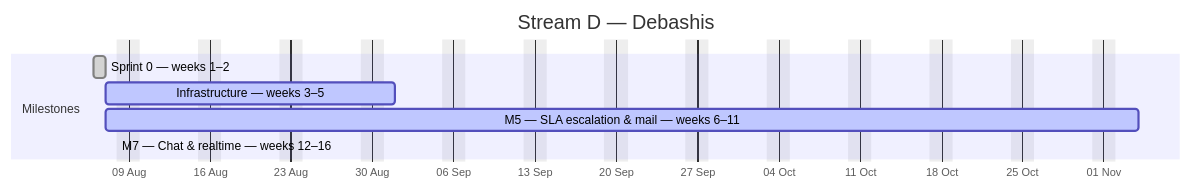
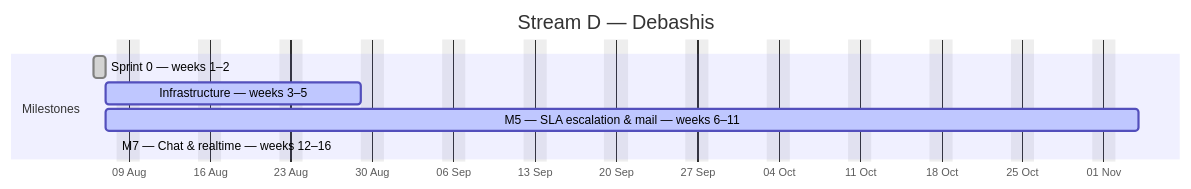
The fourth of 4 diagrams in docs/plan/GANTT.md (debashisedunext/EduTrack), drawn with Mermaid before and after one commit. The commit also changed other lines of this file and 2 other files, not shown here.

````diff
--- a/docs/plan/GANTT.md
+++ b/docs/plan/GANTT.md
@@ -170,12 +170,12 @@
 ```mermaid
 gantt
     dateFormat YYYY-MM-DD
     axisFormat %d %b
     title Stream D — Debashis
     excludes weekends
     section Milestones
     Sprint 0 — weeks 1–2 :done, d0, 2026-08-06, 1d
-    Infrastructure — weeks 3–5 :active, d1, 2026-08-07, 17d
+    Infrastructure — weeks 3–5 :active, d1, 2026-08-07, 16d
     M5 — SLA  escalation & mail — weeks 6–11 :active, d2, 2026-08-07, 63d
     M7 — Chat & realtime — weeks 12–16 :active, d3, 2026-08-08, -14d
 ```
````
